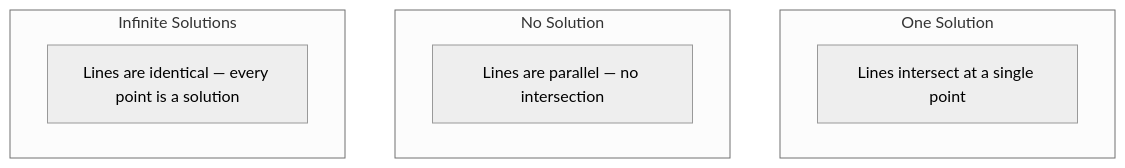
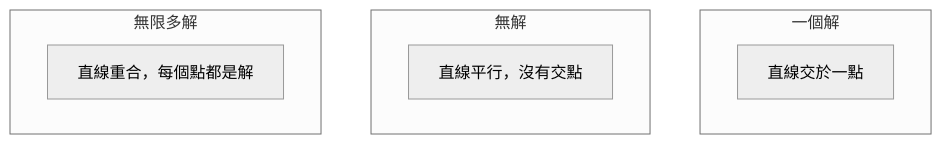
The second of 2 diagrams in i18n/zh-TW/phases/01-math-foundations/17-linear-systems/docs/zh-TW.md (edward821220/ai-engineering-from-scratch), drawn with Mermaid (neutral theme) before and after one commit. The commit also changed other lines of this file and 123 other files, not shown here.

````diff
--- a/i18n/zh-TW/phases/01-math-foundations/17-linear-systems/docs/zh-TW.md
+++ b/i18n/zh-TW/phases/01-math-foundations/17-linear-systems/docs/zh-TW.md
@@ -44,12 +44,12 @@
 ```mermaid
 graph TD
-    subgraph "One Solution"
-        A1["Lines intersect at a single point"]
+    subgraph "一個解"
+        A1["直線交於一點"]
     end
-    subgraph "No Solution"
-        A2["Lines are parallel — no intersection"]
+    subgraph "無解"
+        A2["直線平行，沒有交點"]
     end
-    subgraph "Infinite Solutions"
-        A3["Lines are identical — every point is a solution"]
+    subgraph "無限多解"
+        A3["直線重合，每個點都是解"]
     end
 ```
````
